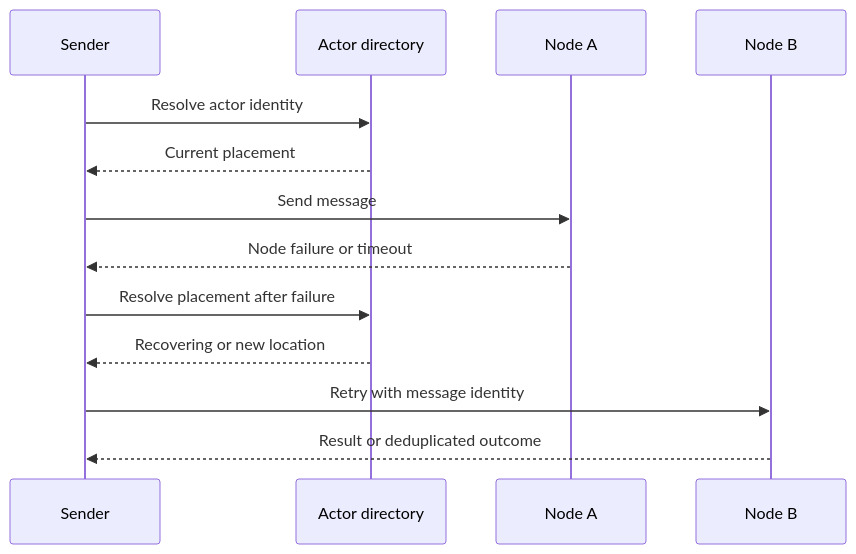
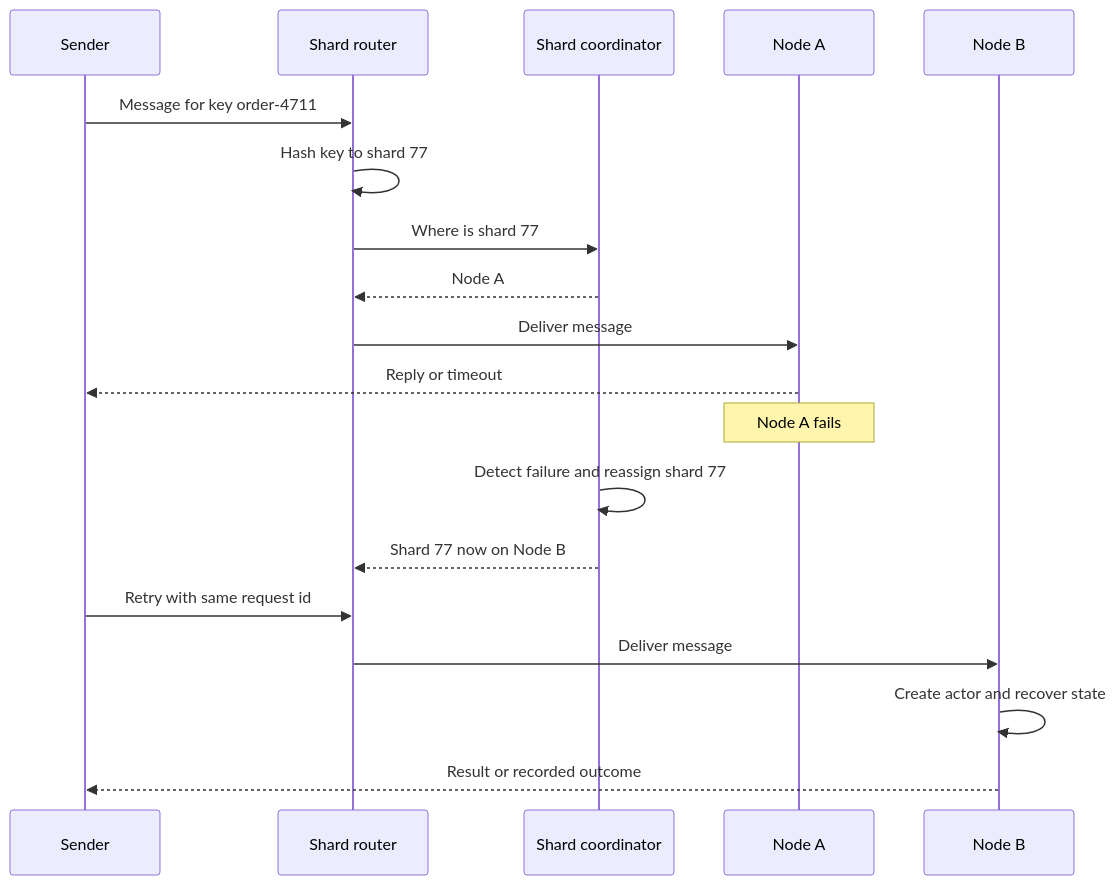
The eighth of 13 diagrams in 20_Architecture_Patterns/CH12_Actor_Model.md (joydasss/Architect), drawn with Mermaid before and after one commit. The commit also changed other lines of this file and 295 other files, not shown here.

````diff
--- a/20_Architecture_Patterns/CH12_Actor_Model.md
+++ b/20_Architecture_Patterns/CH12_Actor_Model.md
@@ -86,15 +589,21 @@
 ```mermaid
 sequenceDiagram
     participant Sender
-    participant Directory as Actor directory
+    participant Router as Shard router
+    participant Coord as Shard coordinator
     participant NodeA as Node A
     participant NodeB as Node B
-    Sender->>Directory: Resolve actor identity
-    Directory-->>Sender: Current placement
-    Sender->>NodeA: Send message
-    NodeA-->>Sender: Node failure or timeout
-    Sender->>Directory: Resolve placement after failure
-    Directory-->>Sender: Recovering or new location
-    Sender->>NodeB: Retry with message identity
-    NodeB-->>Sender: Result or deduplicated outcome
+    Sender->>Router: Message for key order-4711
+    Router->>Router: Hash key to shard 77
+    Router->>Coord: Where is shard 77
+    Coord-->>Router: Node A
+    Router->>NodeA: Deliver message
+    NodeA-->>Sender: Reply or timeout
+    Note over NodeA: Node A fails
+    Coord->>Coord: Detect failure and reassign shard 77
+    Coord-->>Router: Shard 77 now on Node B
+    Sender->>Router: Retry with same request id
+    Router->>NodeB: Deliver message
+    NodeB->>NodeB: Create actor and recover state
+    NodeB-->>Sender: Result or recorded outcome
 ```
````
